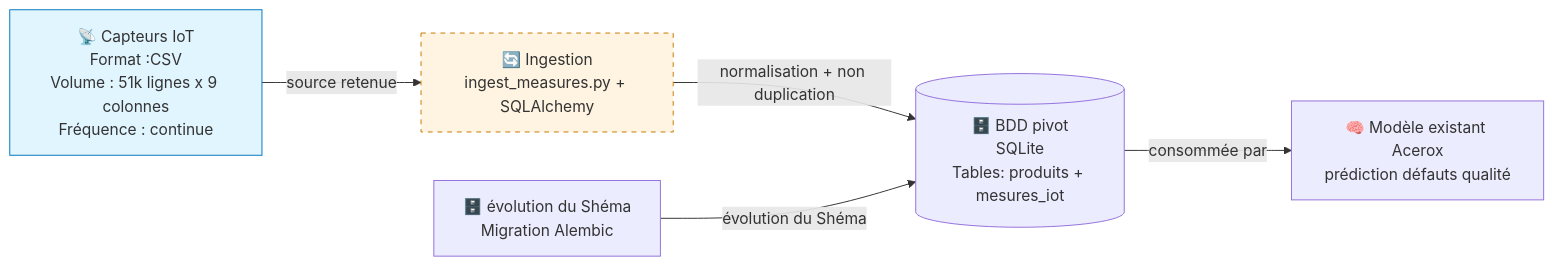
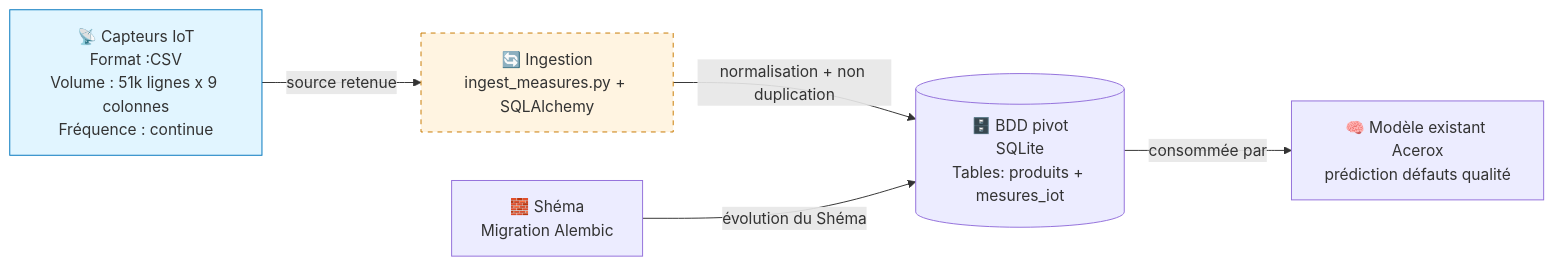
One commit to joellegermanos-prog/test changed the diagram in readme.md. Above: the diagram before and after it, drawn with Mermaid.

Commit message:
Change 'évolution du Shéma' to 'Shéma'
Updated the label for the schema section in the README.

````diff
--- a/readme.md
+++ b/readme.md
@@ -55,22 +55,22 @@
 ```mermaid
 flowchart LR
     %% TODO — Compléter avec tes 3 sources retenues + 1 bonus si traité
 
     SRC1[📡 Capteurs IoT<br/>Format :CSV<br/>Volume : 51k lignes x 9 colonnes<br/>Fréquence : continue]
 
 
     INGEST[🔄 Ingestion<br/>ingest_measures.py + SQLAlchemy]
-    SHEMA[🗄️ évolution du Shéma<br/>Migration Alembic]
+    SHEMA[🧱 Shéma<br/>Migration Alembic]
     BDD[(🗄️ BDD pivot<br/>SQLite<br/>Tables: produits + mesures_iot)]
     MODEL[🧠 Modèle existant Acerox<br/>prédiction défauts qualité]
 
     SRC1 --> |source retenue|INGEST
     INGEST -->|normalisation + non duplication | BDD
     SHEMA -->|évolution du Shéma| BDD
     BDD -->|consommée par| MODEL
 
     classDef source fill:#e1f5ff,stroke:#0277bd
     classDef tofix fill:#fff4e1,stroke:#c97a00,stroke-dasharray: 5 5
     class SRC1,SRC2,SRC3 source
     class INGEST tofix
 ```
````
